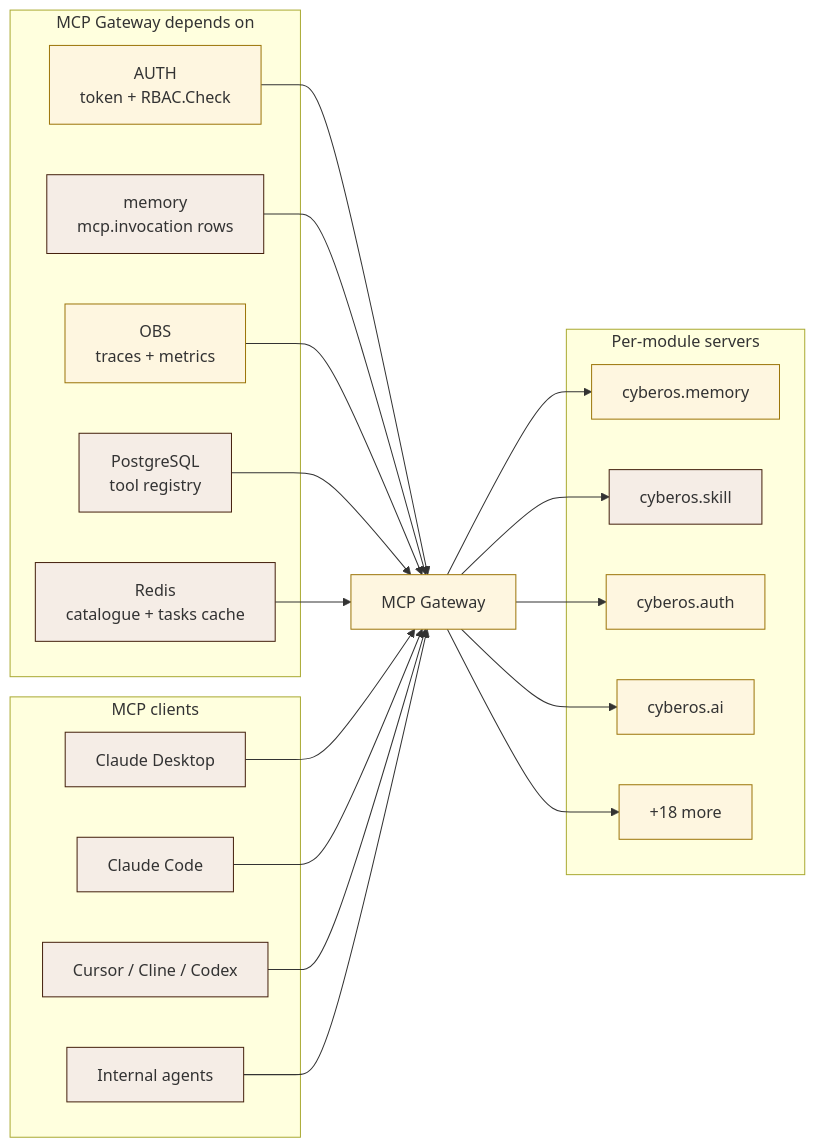
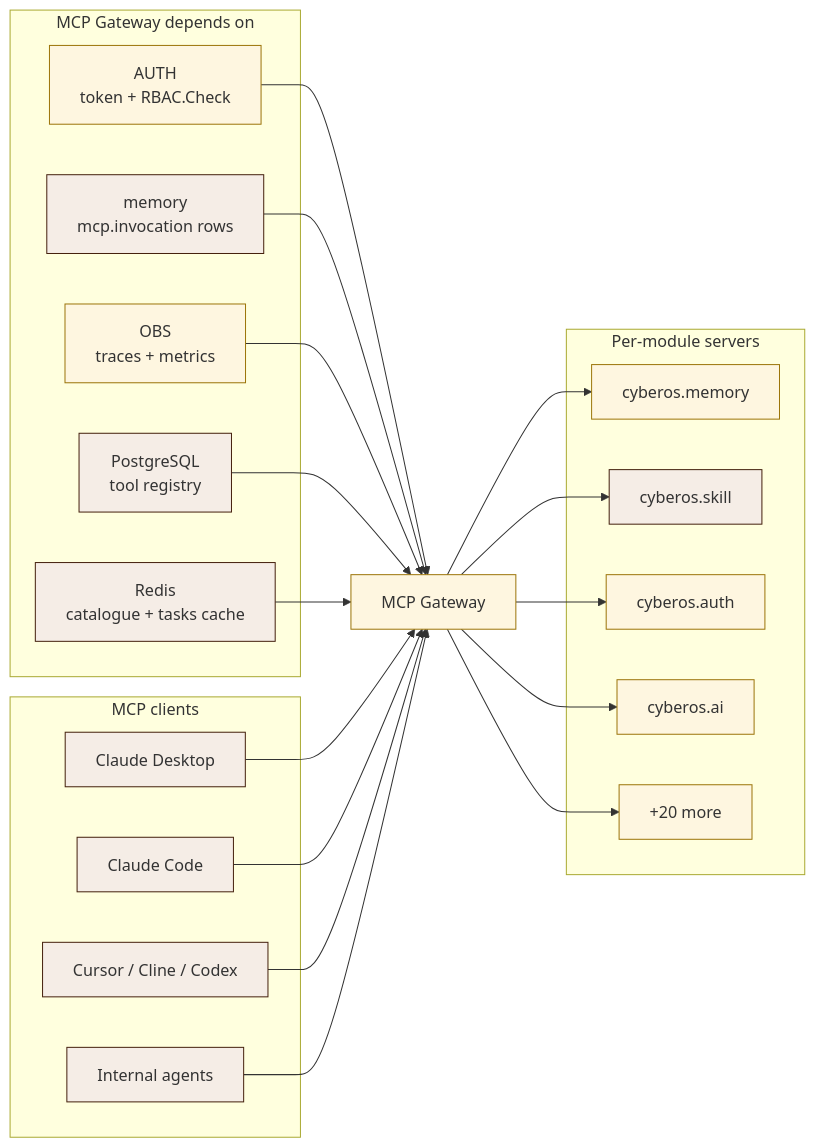
Before and after one commit to cyberskill-official/cyberos: diagram 11 of 11 in services/mcp-gateway/docs/index.md, drawn with Mermaid. The commit also changed other lines of this file and 20 other files, not shown here.

````diff
--- a/services/mcp-gateway/docs/index.md
+++ b/services/mcp-gateway/docs/index.md
@@ -771,43 +765,43 @@
 ```mermaid
 graph LR
   subgraph upstream ["MCP Gateway depends on"]
     AUTH["AUTH<br/>token + RBAC.Check"]
     memory["memory<br/>mcp.invocation rows"]
     OBS["OBS<br/>traces + metrics"]
     PG["PostgreSQL<br/>tool registry"]
     REDIS["Redis<br/>catalogue + tasks cache"]
   end
   MCP["MCP Gateway"]
   subgraph backends ["Per-module servers"]
     BR["cyberos.memory"]
     SK["cyberos.skill"]
     AU["cyberos.auth"]
     AI["cyberos.ai"]
-    OTH["+18 more"]
+    OTH["+20 more"]
   end
   subgraph clients ["MCP clients"]
     CL["Claude Desktop"]
     CC["Claude Code"]
     CUR["Cursor / Cline / Codex"]
     INT["Internal agents"]
   end
   AUTH --> MCP
   memory --> MCP
   OBS --> MCP
   PG --> MCP
   REDIS --> MCP
   MCP --> BR
   MCP --> SK
   MCP --> AU
   MCP --> AI
   MCP --> OTH
   CL --> MCP
   CC --> MCP
   CUR --> MCP
   INT --> MCP
   classDef shipped fill:#f5ede6,stroke:#45210e
   classDef planned fill:#fef6e0,stroke:#9c750a
   class memory,SK,REDIS,PG shipped
   class MCP,AUTH,AI,AU,BR,OTH,OBS planned
   class CL,CC,CUR,INT shipped
 ```
````
